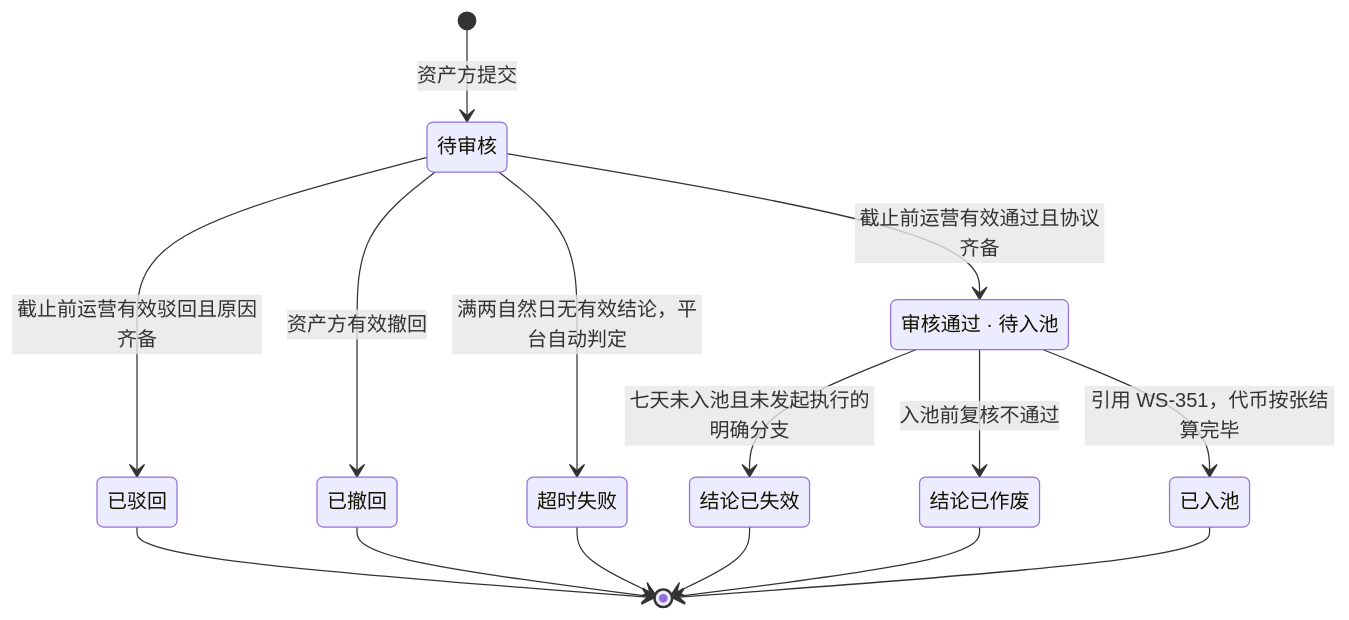
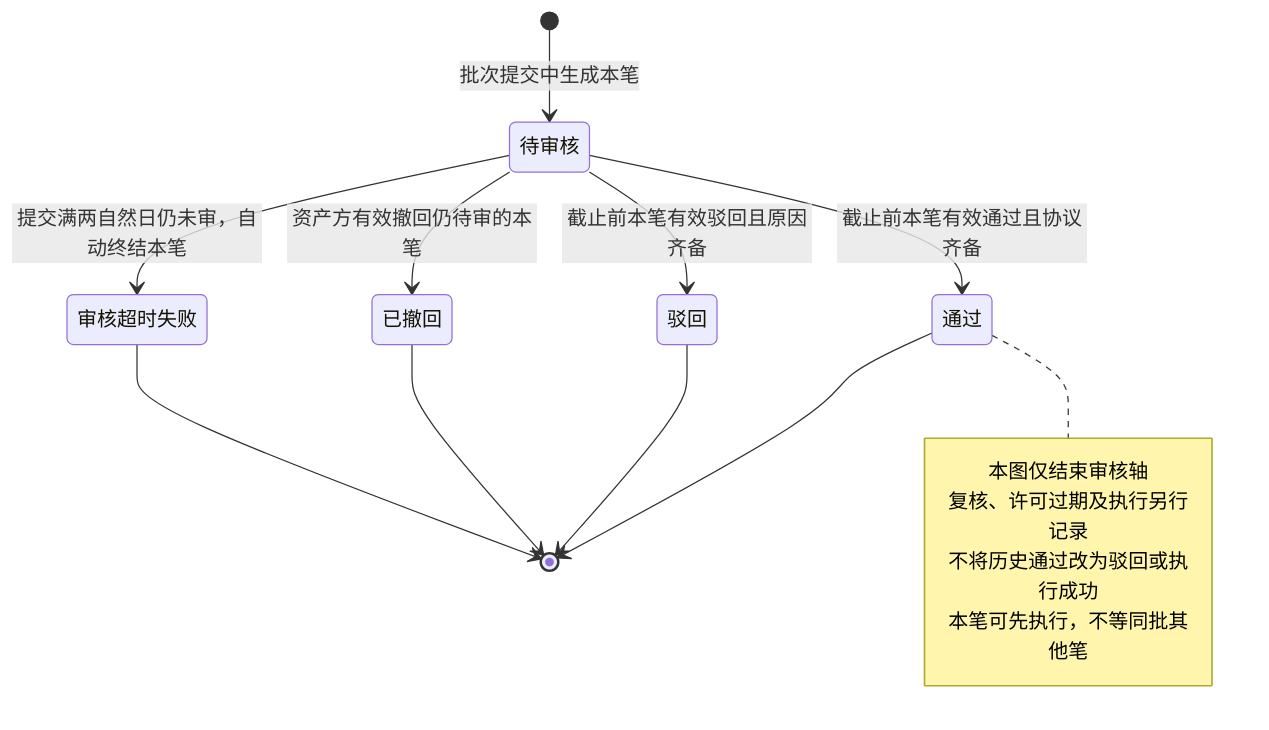
The fourth of 5 diagrams in lending-platform/PRD/v1.0-代币质押审核/v1.0-代币质押审核-流程图与状态机.md (wxblockchain/Chain-Financing), drawn with Mermaid before and after one commit. The commit also changed other lines of this file and 1 other file, not shown here.

````diff
--- a/lending-platform/PRD/v1.0-代币质押审核/v1.0-代币质押审核-流程图与状态机.md
+++ b/lending-platform/PRD/v1.0-代币质押审核/v1.0-代币质押审核-流程图与状态机.md
@@ -103,25 +102,23 @@
 ```mermaid
 stateDiagram-v2
   state "待审核" as Pending
-  state "审核通过 · 待入池" as Approved
-  state "已驳回" as Rejected
+  state "通过" as Approved
+  state "驳回" as Rejected
   state "已撤回" as Withdrawn
-  state "超时失败" as Timeout
-  state "结论已失效" as Expired
-  state "结论已作废" as Voided
-  state "已入池" as Settled
-  [*] --> Pending: 资产方提交
-  Pending --> Approved: 截止前运营有效通过且协议齐备
-  Pending --> Rejected: 截止前运营有效驳回且原因齐备
-  Pending --> Withdrawn: 资产方有效撤回
-  Pending --> Timeout: 满两自然日无有效结论，平台自动判定
-  Approved --> Expired: 七天未入池且未发起执行的明确分支
-  Approved --> Voided: 入池前复核不通过
-  Approved --> Settled: 引用 WS-351，代币按张结算完毕
+  state "审核超时失败" as Timeout
+  [*] --> Pending: 批次提交中生成本笔
+  Pending --> Approved: 截止前本笔有效通过且协议齐备
+  Pending --> Rejected: 截止前本笔有效驳回且原因齐备
+  Pending --> Withdrawn: 资产方有效撤回仍待审的本笔
+  Pending --> Timeout: 提交满两自然日仍未审，自动终结本笔
+  Approved --> [*]
   Rejected --> [*]
   Withdrawn --> [*]
   Timeout --> [*]
-  Expired --> [*]
-  Voided --> [*]
-  Settled --> [*]
+  note right of Approved
+    本图仅结束审核轴
+    复核、许可过期及执行另行记录
+    不将历史通过改为驳回或执行成功
+    本笔可先执行，不等同批其他笔
+  end note
 ```
````
